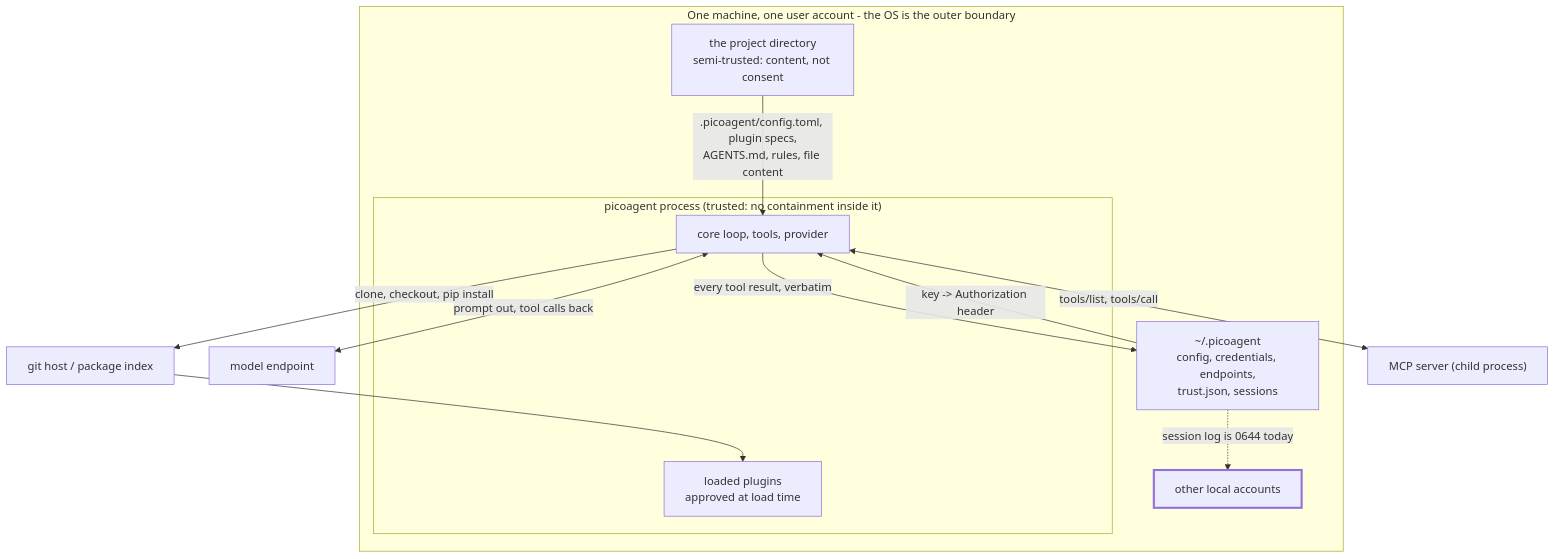
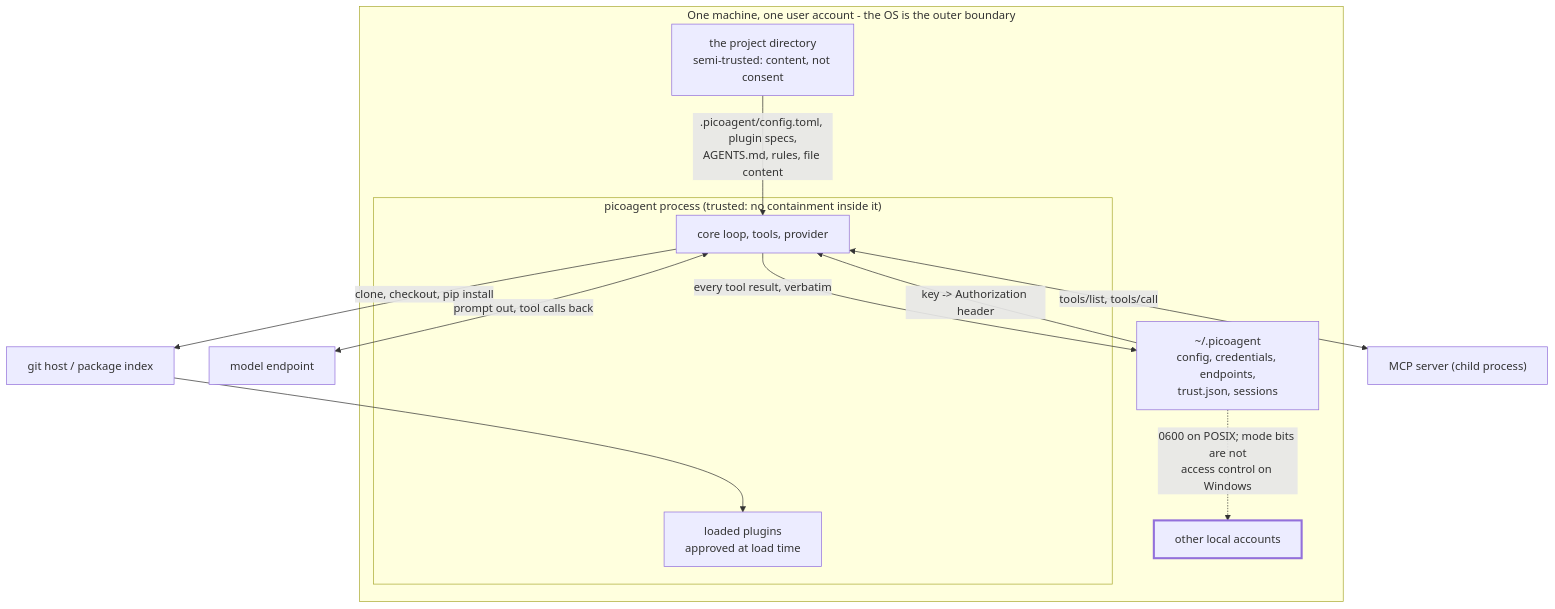
One commit to opscontinuum/picoagent changed the diagram in docs/security/threat-model.md. Above: the diagram before and after it, drawn with Mermaid. The commit also changed other lines of this file and 6 other files, not shown here.

````diff
--- a/docs/security/threat-model.md
+++ b/docs/security/threat-model.md
@@ -80,28 +80,28 @@
 ```mermaid
 flowchart TB
     subgraph host["One machine, one user account - the OS is the outer boundary"]
         subgraph proc["picoagent process (trusted: no containment inside it)"]
             core["core loop, tools, provider"]
             plug["loaded plugins<br/>approved at load time"]
         end
         userdir["~/.picoagent<br/>config, credentials, endpoints,<br/>trust.json, sessions"]
         repo["the project directory<br/>semi-trusted: content, not consent"]
         other["other local accounts"]
     end
 
     model["model endpoint"]
     githost["git host / package index"]
     mcp["MCP server (child process)"]
 
     userdir -->|"key -> Authorization header"| core
     repo -->|".picoagent/config.toml, plugin specs,<br/>AGENTS.md, rules, file content"| core
     core <-->|"prompt out, tool calls back"| model
     core -->|"clone, checkout, pip install"| githost
     githost --> plug
     core <-->|"tools/list, tools/call"| mcp
     core -->|"every tool result, verbatim"| userdir
-    userdir -.->|"session log is 0644 today"| other
+    userdir -.->|"0600 on POSIX; mode bits are not<br/>access control on Windows"| other
 
     classDef open stroke-width:3px
     class other open
 ```
````
